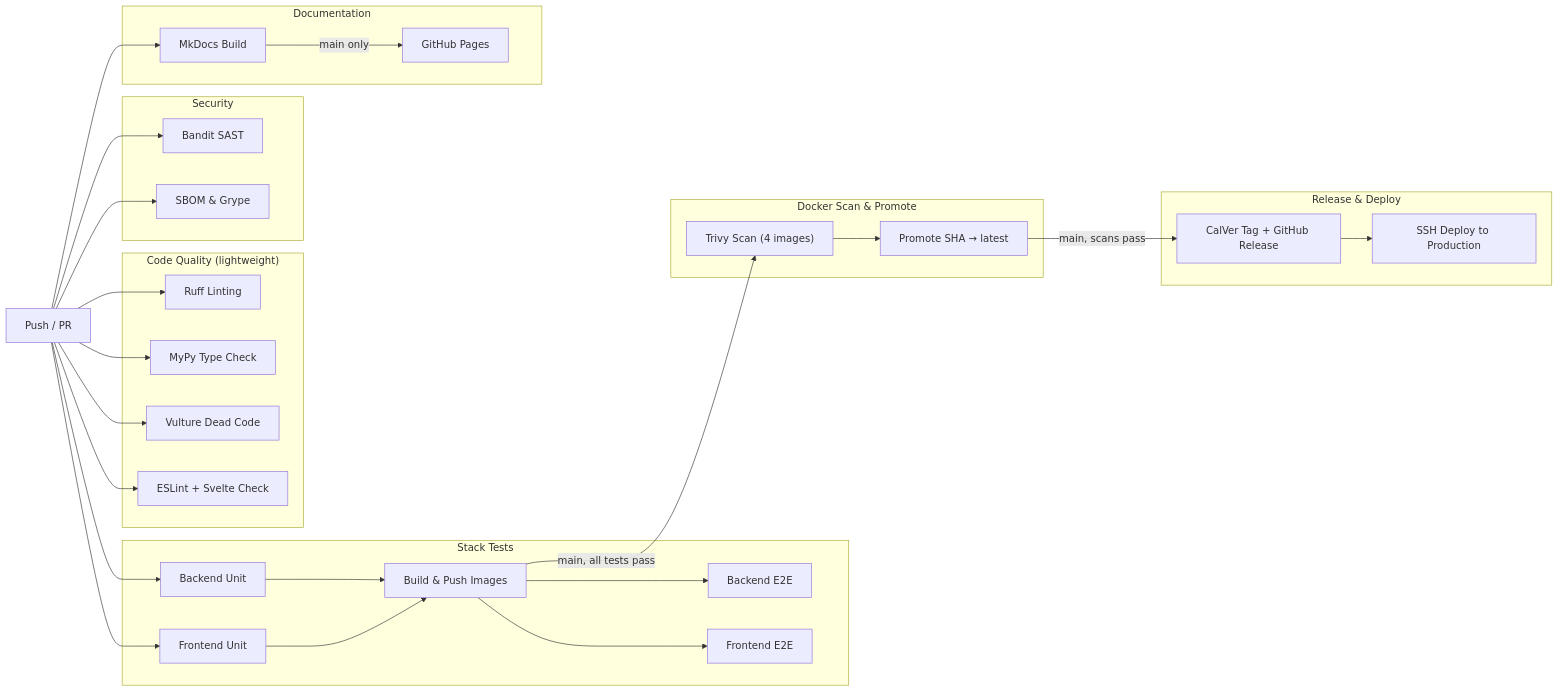
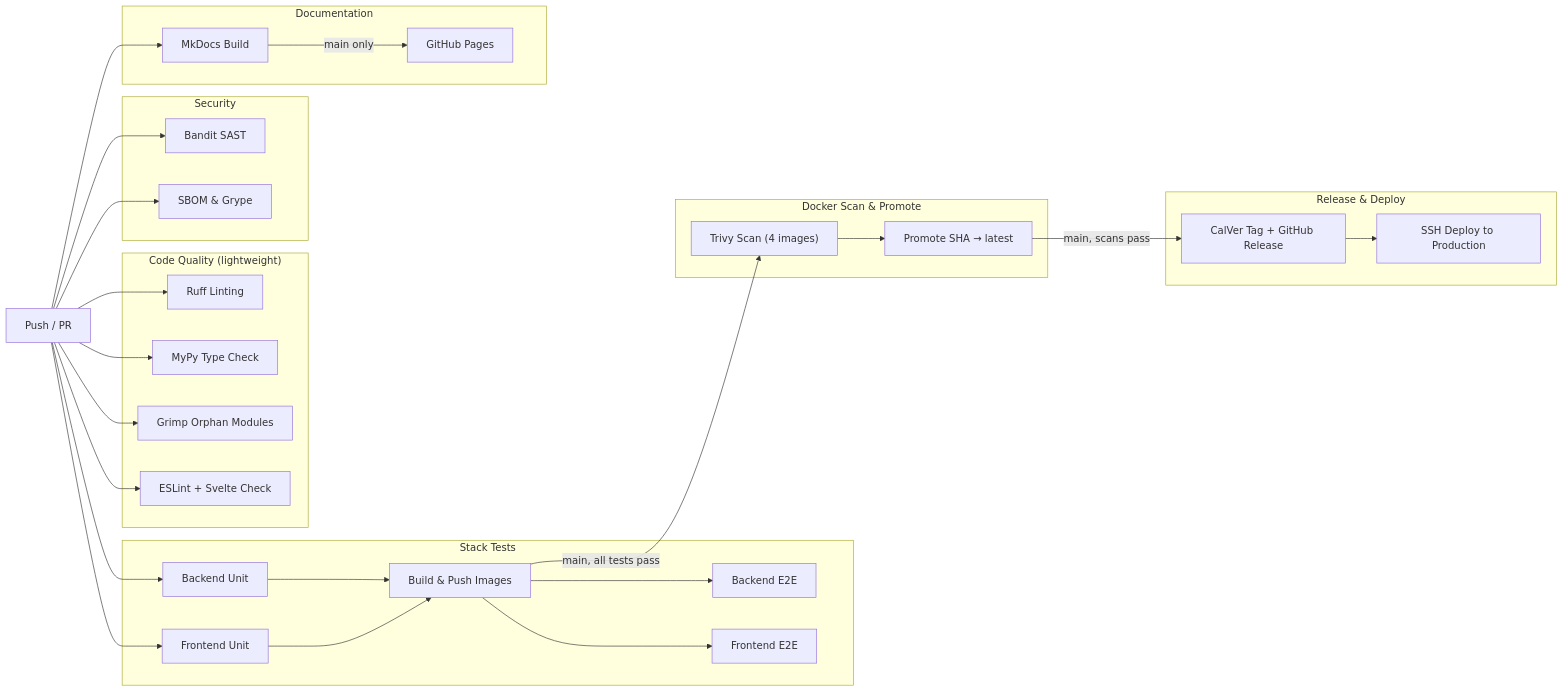
One commit to HardMax71/Integr8sCode changed the first of 4 diagrams in docs/operations/cicd.md. Above: the diagram before and after it, drawn with Mermaid. The commit also changed other lines of this file and 33 other files, not shown here.

First line of the commit message:
feat: replaced vulture with grimp - better deadcode detection (#242)

````diff
--- a/docs/operations/cicd.md
+++ b/docs/operations/cicd.md
@@ -9,48 +9,48 @@
 ```mermaid
 graph LR
     subgraph "Code Quality (lightweight)"
         Ruff["Ruff Linting"]
         MyPy["MyPy Type Check"]
-        Vulture["Vulture Dead Code"]
+        Grimp["Grimp Orphan Modules"]
         ESLint["ESLint + Svelte Check"]
     end
 
     subgraph "Security"
         Bandit["Bandit SAST"]
         SBOM["SBOM & Grype"]
     end
 
     subgraph "Stack Tests"
         UnitBE["Backend Unit"]
         UnitFE["Frontend Unit"]
         Build["Build & Push Images"]
         E2E_BE["Backend E2E"]
         E2E_FE["Frontend E2E"]
         UnitBE --> Build
         UnitFE --> Build
         Build --> E2E_BE
         Build --> E2E_FE
     end
 
     subgraph "Docker Scan & Promote"
         Scan["Trivy Scan (4 images)"]
         Promote["Promote SHA → latest"]
         Scan --> Promote
     end
 
     subgraph "Release & Deploy"
         Release["CalVer Tag + GitHub Release"]
         Deploy["SSH Deploy to Production"]
         Release --> Deploy
     end
 
     subgraph "Documentation"
         Docs["MkDocs Build"]
         Pages["GitHub Pages"]
     end
 
-    Push["Push / PR"] --> Ruff & MyPy & Vulture & ESLint & Bandit & SBOM & UnitBE & UnitFE & Docs
+    Push["Push / PR"] --> Ruff & MyPy & Grimp & ESLint & Bandit & SBOM & UnitBE & UnitFE & Docs
     Build -->|main, all tests pass| Scan
     Promote -->|main, scans pass| Release
     Docs -->|main only| Pages
 ```
````
